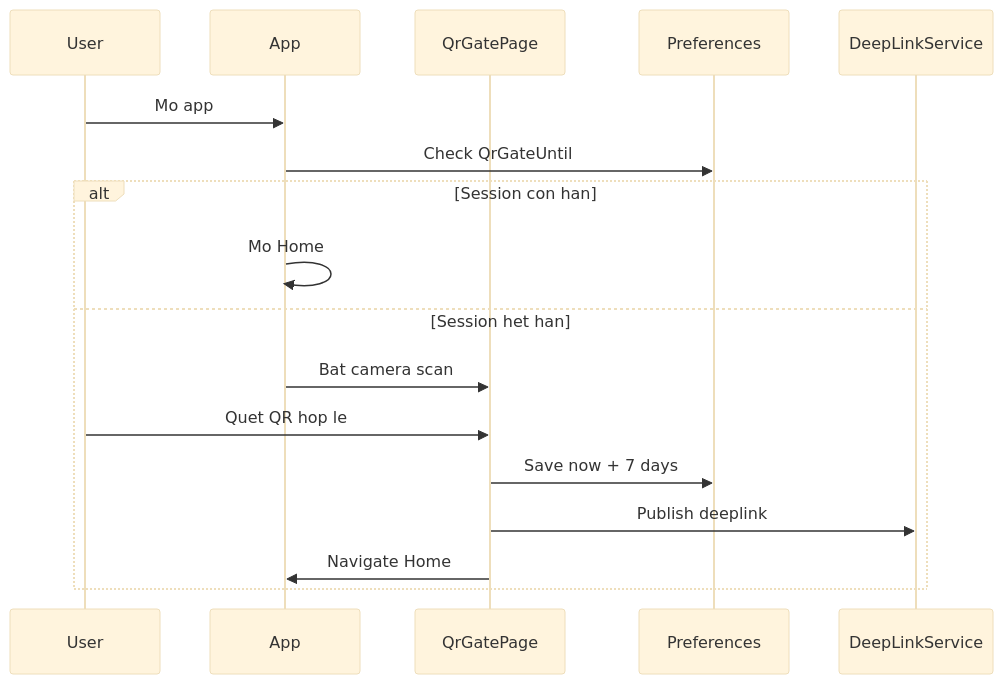
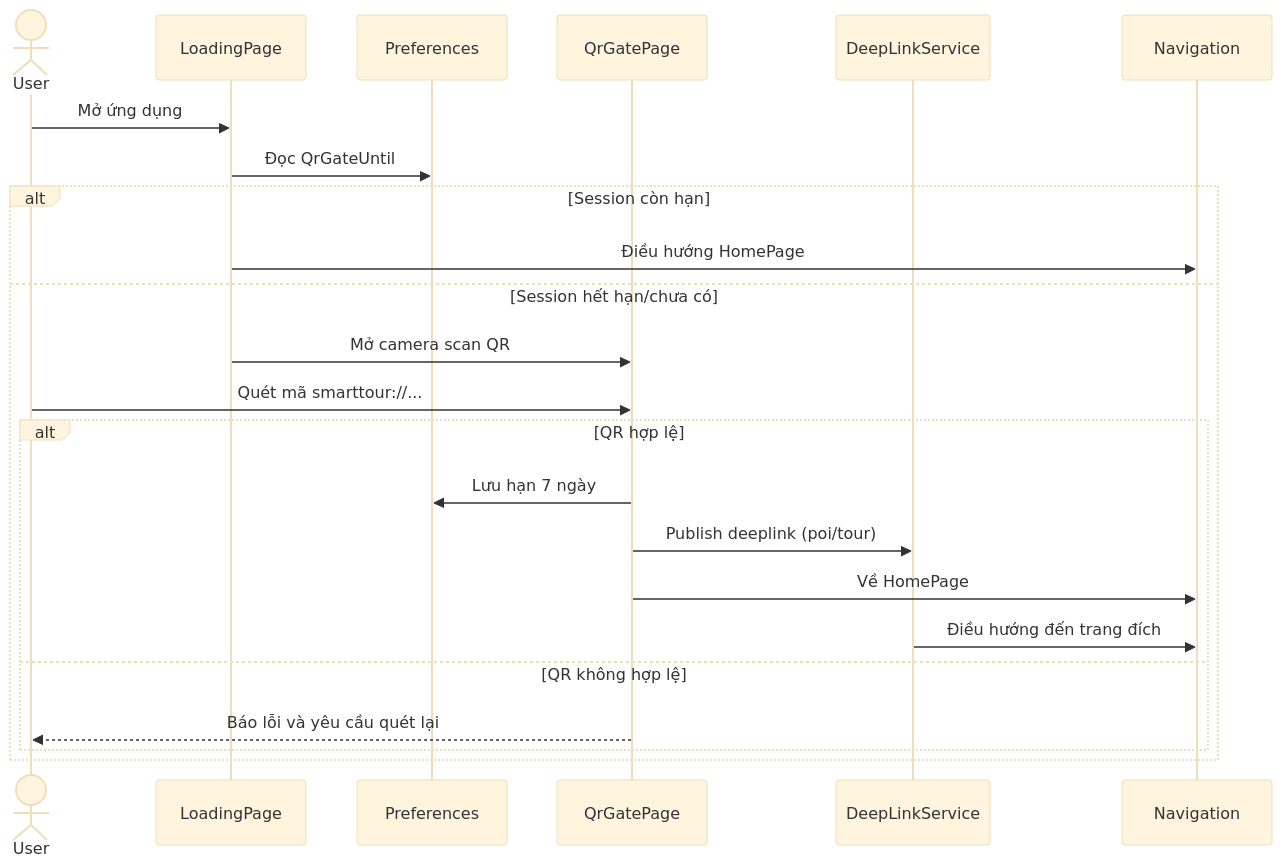
One commit to EricHoang28092k5/SmartTour changed the sixth of 13 diagrams in PRD_SmartTour.md. Above: the diagram before and after it, drawn with Mermaid (base theme). The commit also changed other lines of this file, not shown here.

````diff
--- a/PRD_SmartTour.md
+++ b/PRD_SmartTour.md
@@ -233,20 +491,26 @@
 ```mermaid
 sequenceDiagram
-    participant U as User
-    participant APP as App
+    actor U as User
+    participant LD as LoadingPage
+    participant PREF as Preferences
     participant QR as QrGatePage
-    participant P as Preferences
     participant DL as DeepLinkService
+    participant NAV as Navigation
 
-    U->>APP: Mo app
-    APP->>P: Check QrGateUntil
-    alt Session con han
-        APP->>APP: Mo Home
-    else Session het han
-        APP->>QR: Bat camera scan
-        U->>QR: Quet QR hop le
-        QR->>P: Save now + 7 days
-        QR->>DL: Publish deeplink
-        QR->>APP: Navigate Home
+    U->>LD: Mở ứng dụng
+    LD->>PREF: Đọc QrGateUntil
+    alt Session còn hạn
+        LD->>NAV: Điều hướng HomePage
+    else Session hết hạn/chưa có
+        LD->>QR: Mở camera scan QR
+        U->>QR: Quét mã smarttour://...
+        alt QR hợp lệ
+            QR->>PREF: Lưu hạn 7 ngày
+            QR->>DL: Publish deeplink (poi/tour)
+            QR->>NAV: Về HomePage
+            DL->>NAV: Điều hướng đến trang đích
+        else QR không hợp lệ
+            QR-->>U: Báo lỗi và yêu cầu quét lại
+        end
     end
 ```
````
